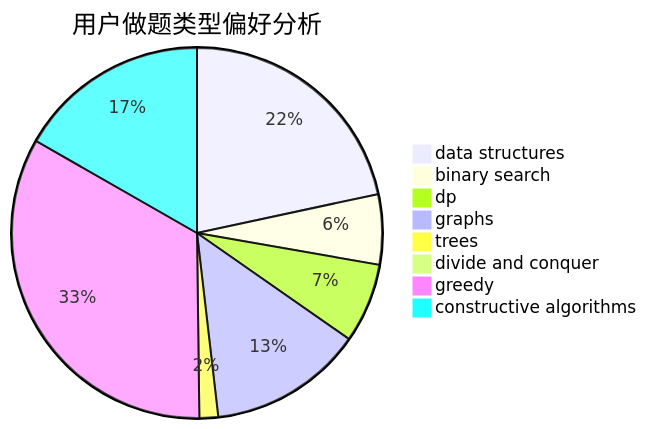
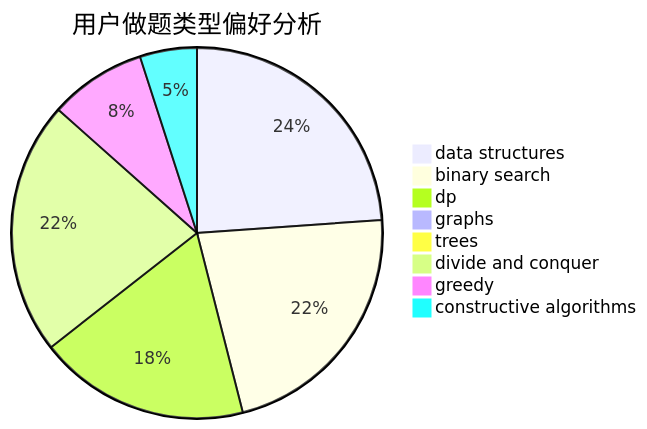
Before and after one commit to sherpahu/cfrs.github.io: the second of 3 diagrams in docs/user/u2436.md, drawn with Mermaid. The commit also changed other lines of this file and 2770 other files, not shown here.

````diff
--- a/docs/user/u2436.md
+++ b/docs/user/u2436.md
@@ -23,11 +23,11 @@
 ```mermaid
 pie title 用户做题类型偏好分析
-    "data structures" :  53
-    "binary search" :  15
-    "dp" :  17
-    "graphs" :  33
-    "trees" :  4
-    "divide and conquer" :  0
-    "greedy" :  82
-    "constructive algorithms" :  41
+    "data structures" :  96
+    "binary search" :  89
+    "dp" :  74
+    "graphs" :  3
+    "trees" :  1
+    "divide and conquer" :  89
+    "greedy" :  34
+    "constructive algorithms" :  20
 ```
````
